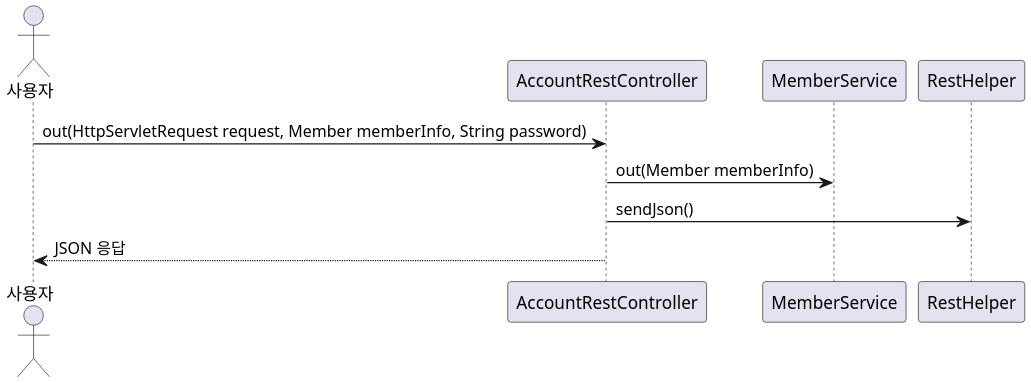
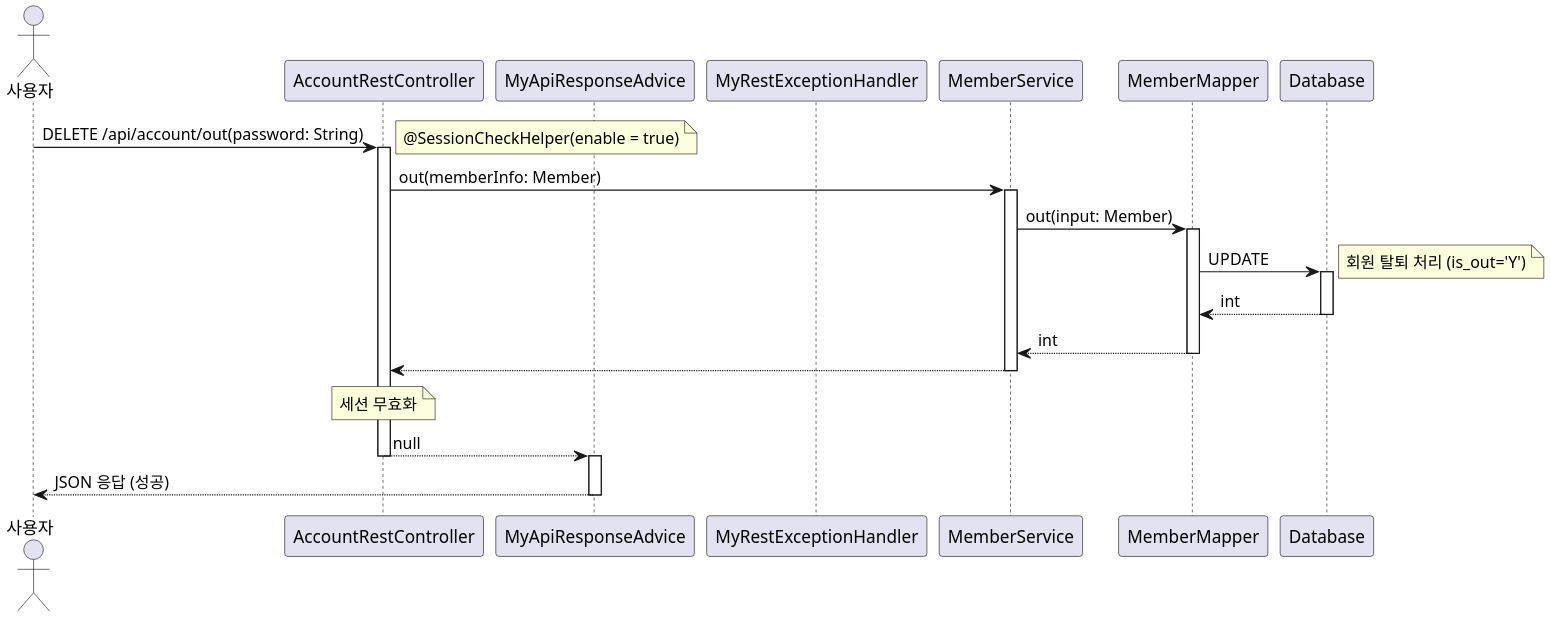
One commit to leekh4232/study-myshop changed the diagram in uml/AccountRestController/out_Sequence.puml. Above: the diagram before and after it, drawn with PlantUML. The commit also changed 144 other files, not shown here.

```diff
--- a/uml/AccountRestController/out_Sequence.puml
+++ b/uml/AccountRestController/out_Sequence.puml
@@ -1,12 +1,38 @@
 @startuml
 skinparam dpi 200
-actor 사용자
+
+actor Actor as "사용자"
 participant AccountRestController
+participant MyApiResponseAdvice
+participant MyRestExceptionHandler
 participant MemberService
-participant RestHelper
+participant MemberMapper
+participant Database
 
-사용자 -> AccountRestController : out(HttpServletRequest request, Member memberInfo, String password)
-AccountRestController -> MemberService : out(Member memberInfo)
-AccountRestController -> RestHelper : sendJson()
-AccountRestController --> 사용자 : JSON 응답
+Actor -> AccountRestController: DELETE /api/account/out(password: String)
+activate AccountRestController
+note right: @SessionCheckHelper(enable = true)
+
+AccountRestController -> MemberService: out(memberInfo: Member)
+activate MemberService
+MemberService -> MemberMapper: out(input: Member)
+activate MemberMapper
+MemberMapper -> Database: UPDATE
+activate Database
+note right: 회원 탈퇴 처리 (is_out='Y')
+Database --> MemberMapper: int
+deactivate Database
+MemberMapper --> MemberService: int
+deactivate MemberMapper
+MemberService --> AccountRestController
+deactivate MemberService
+
+note over AccountRestController: 세션 무효화
+
+AccountRestController --> MyApiResponseAdvice: null
+deactivate AccountRestController
+activate MyApiResponseAdvice
+MyApiResponseAdvice --> Actor: JSON 응답 (성공)
+deactivate MyApiResponseAdvice
+
 @enduml
```
